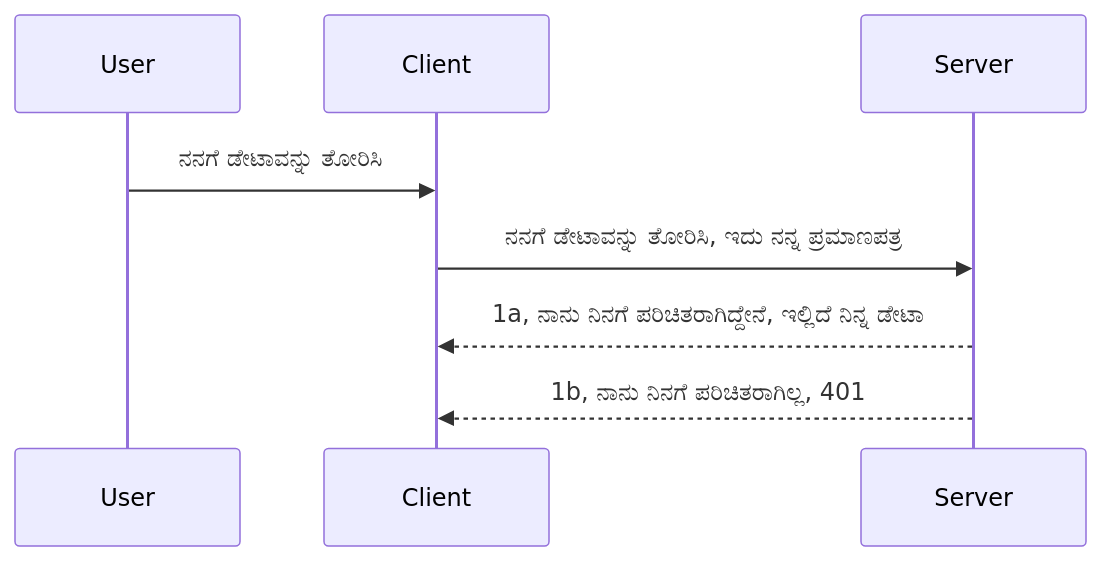
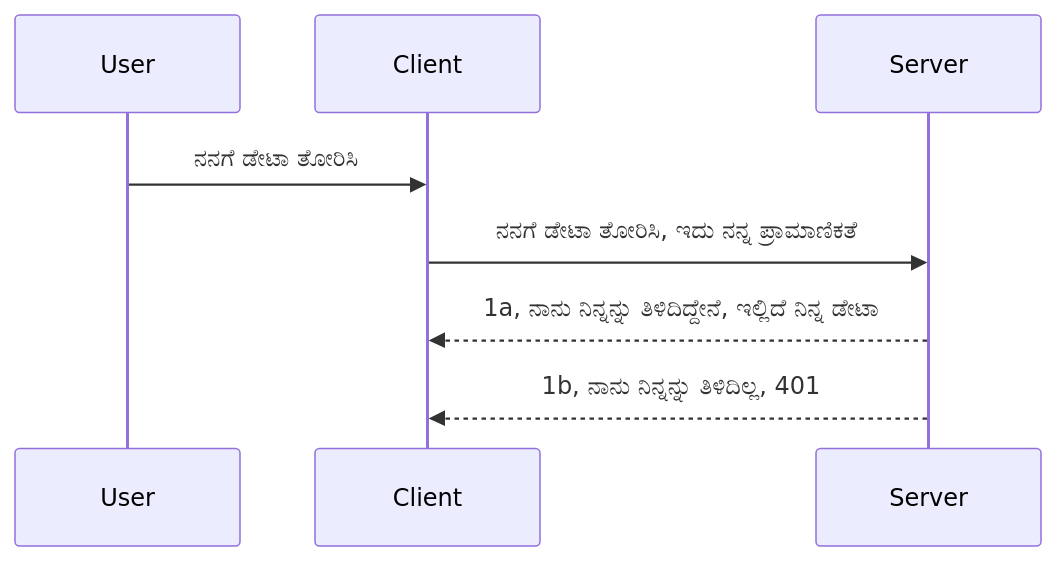
Before and after one commit to HIDORAKAI002/ai-workspace-archive: the diagram in mcp_ecosystem__model_context_protocol/mcp_learning_resources/mcp-for-beginners/translations/kn/03-GettingStarted/11-simple-auth/README.md, drawn with Mermaid. The commit also changed other lines of this file and 1160 other files, not shown here.

````diff
--- a/mcp_ecosystem__model_context_protocol/mcp_learning_resources/mcp-for-beginners/translations/kn/03-GettingStarted/11-simple-auth/README.md
+++ b/mcp_ecosystem__model_context_protocol/mcp_learning_resources/mcp-for-beginners/translations/kn/03-GettingStarted/11-simple-auth/README.md
@@ -24,11 +24,11 @@
 ```mermaid
 sequenceDiagram
    participant User
    participant Client
    participant Server
 
-   User->>Client: ನನಗೆ ಡೇಟಾವನ್ನು ತೋರಿಸಿ
-   Client->>Server: ನನಗೆ ಡೇಟಾವನ್ನು ತೋರಿಸಿ, ಇದು ನನ್ನ ಪ್ರಮಾಣಪತ್ರ
-   Server-->>Client: 1a, ನಾನು ನಿನಗೆ ಪರಿಚಿತರಾಗಿದ್ದೇನೆ, ಇಲ್ಲಿದೆ ನಿನ್ನ ಡೇಟಾ
-   Server-->>Client: 1b, ನಾನು ನಿನಗೆ ಪರಿಚಿತರಾಗಿಲ್ಲ, 401 
-```  
+   User->>Client: ನನಗೆ ಡೇಟಾ ತೋರಿಸಿ
+   Client->>Server: ನನಗೆ ಡೇಟಾ ತೋರಿಸಿ, ಇದು ನನ್ನ ಪ್ರಾಮಾಣಿಕತೆ
+   Server-->>Client: 1a, ನಾನು ನಿನ್ನನ್ನು ತಿಳಿದಿದ್ದೇನೆ, ಇಲ್ಲಿದೆ ನಿನ್ನ ಡೇಟಾ
+   Server-->>Client: 1b, ನಾನು ನಿನ್ನನ್ನು ತಿಳಿದಿಲ್ಲ, 401 
+```
````
